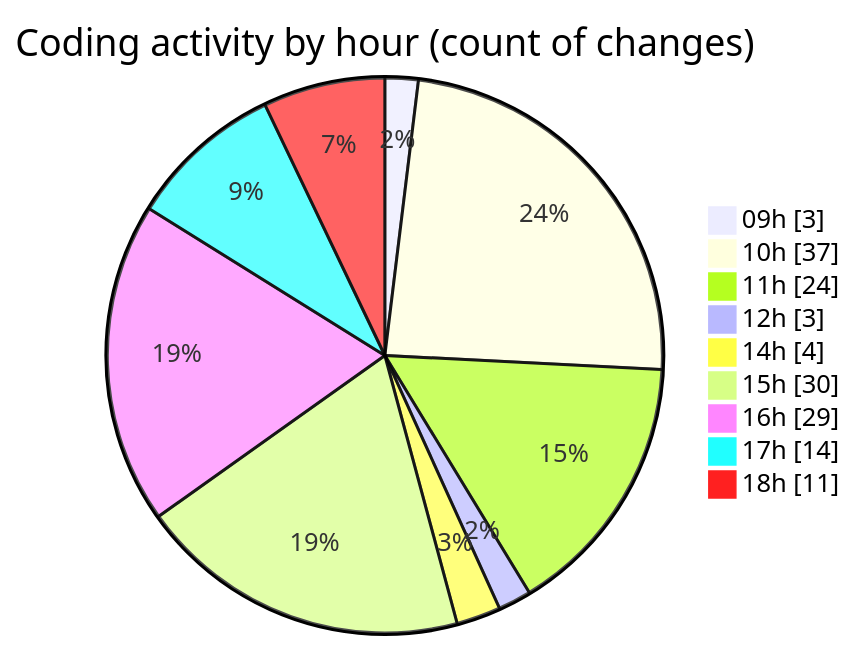
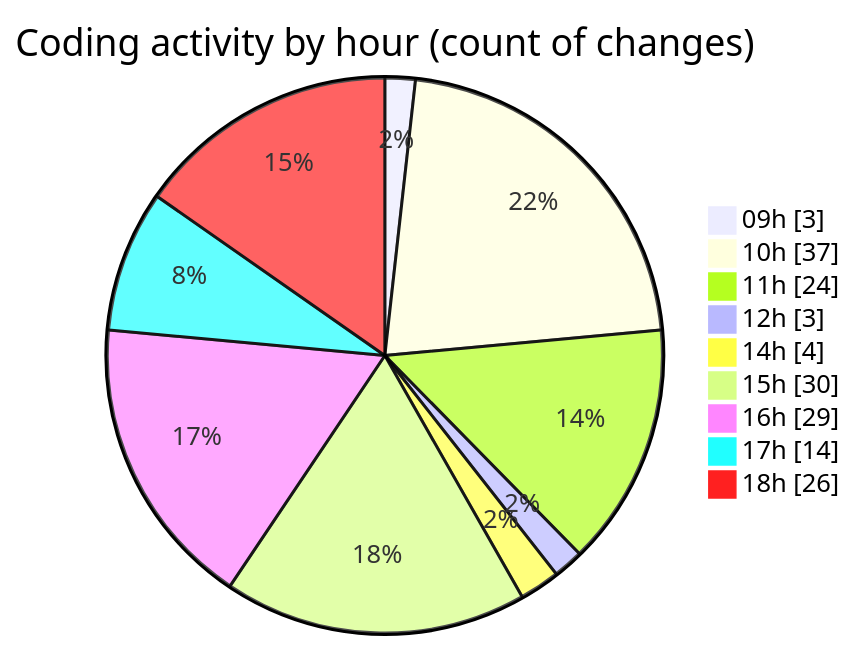
Before and after one commit to CELIANVF/code-tracking: the second of 2 diagrams in 2025-05-02/ecodeli/README.md, drawn with Mermaid. The commit also changed other lines of this file and 1 other file, not shown here.

````diff
--- a/2025-05-02/ecodeli/README.md
+++ b/2025-05-02/ecodeli/README.md
@@ -94,13 +94,13 @@
 ```mermaid
 pie showData
 title Coding activity by hour (count of changes)
 "09h" : 3
 "10h" : 37
 "11h" : 24
 "12h" : 3
 "14h" : 4
 "15h" : 30
 "16h" : 29
 "17h" : 14
-"18h" : 11
+"18h" : 26
 ```
````
